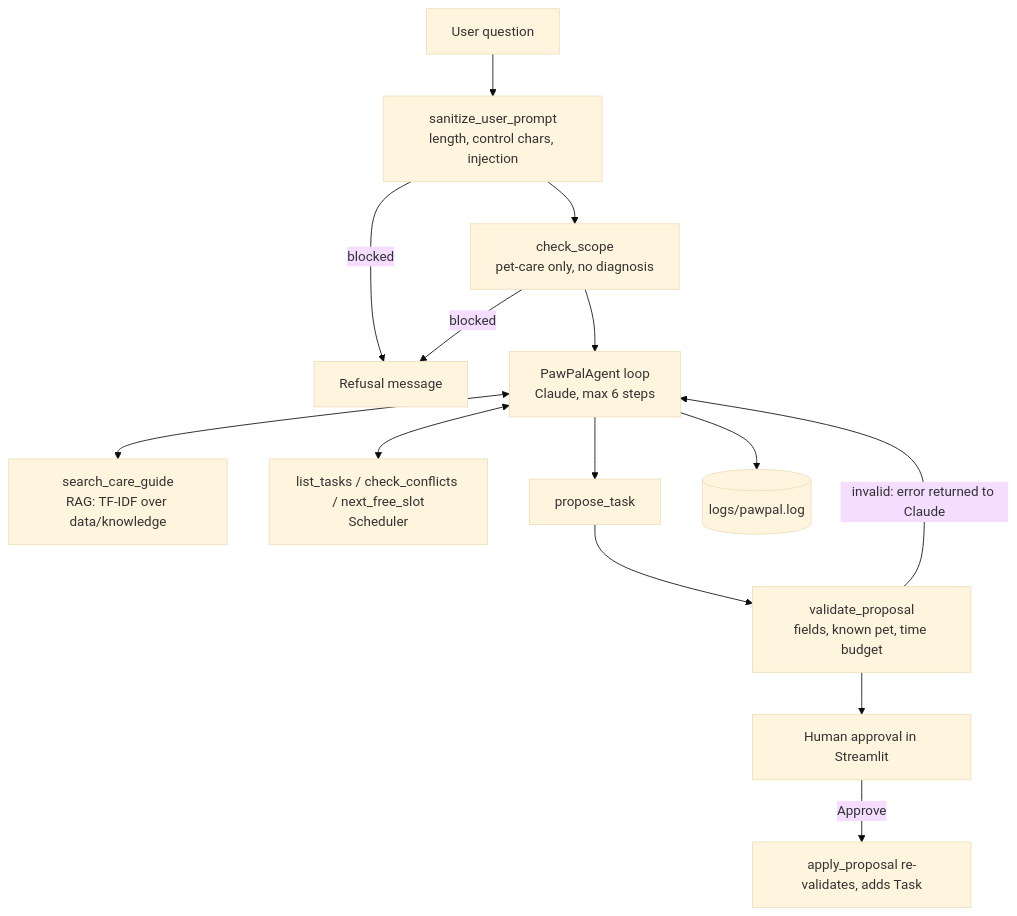
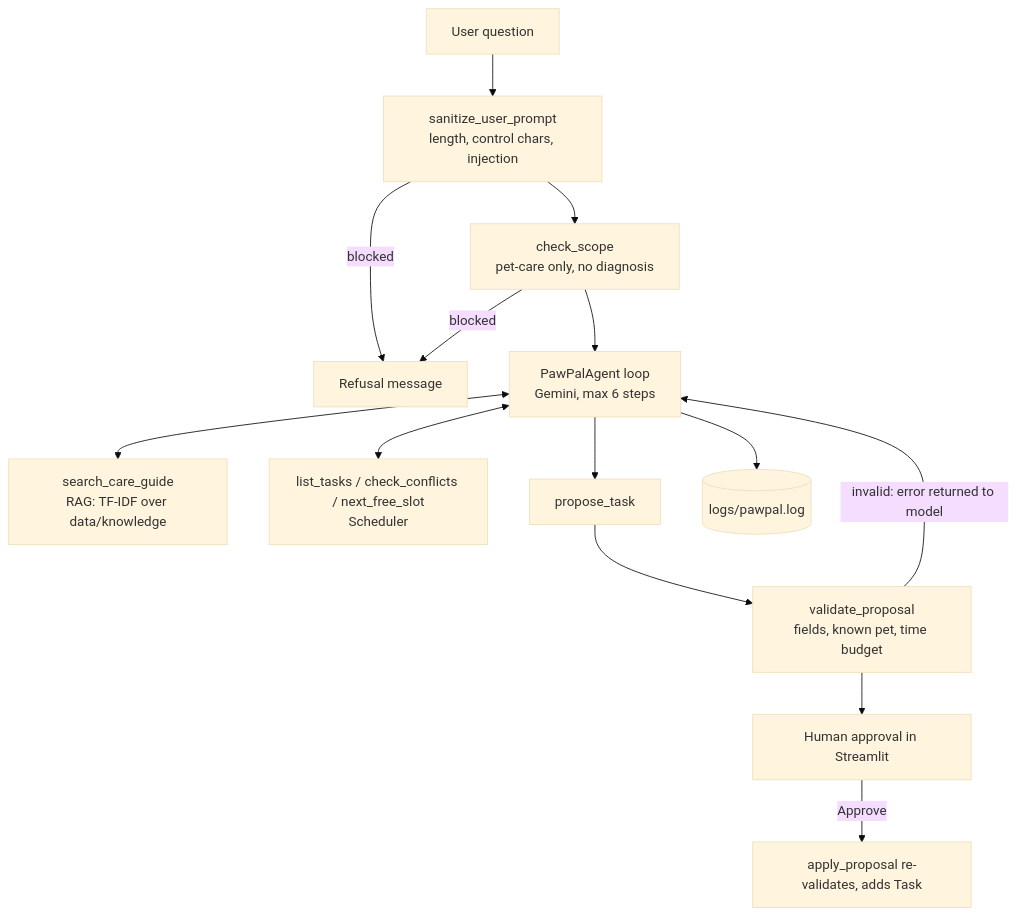
One commit to tkmariana/applied-ai-system-project changed the diagram in diagrams/ai_flow.mmd. Above: the diagram before and after it, drawn with Mermaid (base theme). The commit also changed 3 other files, not shown here.

Commit message:
feat: add architecture diagram and logging file; create .gitkeep for assets

```diff
--- a/diagrams/ai_flow.mmd
+++ b/diagrams/ai_flow.mmd
@@ -1,14 +1,14 @@
 flowchart TD
     U[User question] --> S[sanitize_user_prompt<br/>length, control chars, injection]
     S -->|blocked| R1[Refusal message]
     S --> SC[check_scope<br/>pet-care only, no diagnosis]
     SC -->|blocked| R1
-    SC --> A[PawPalAgent loop<br/>Claude, max 6 steps]
+    SC --> A[PawPalAgent loop<br/>Gemini, max 6 steps]
     A <--> T1[search_care_guide<br/>RAG: TF-IDF over data/knowledge]
     A <--> T2[list_tasks / check_conflicts / next_free_slot<br/>Scheduler]
     A --> P[propose_task]
     P --> V[validate_proposal<br/>fields, known pet, time budget]
-    V -->|invalid: error returned to Claude| A
+    V -->|invalid: error returned to model| A
     V --> H[Human approval in Streamlit]
     H -->|Approve| AP[apply_proposal re-validates, adds Task]
     A --> L[(logs/pawpal.log)]
```
